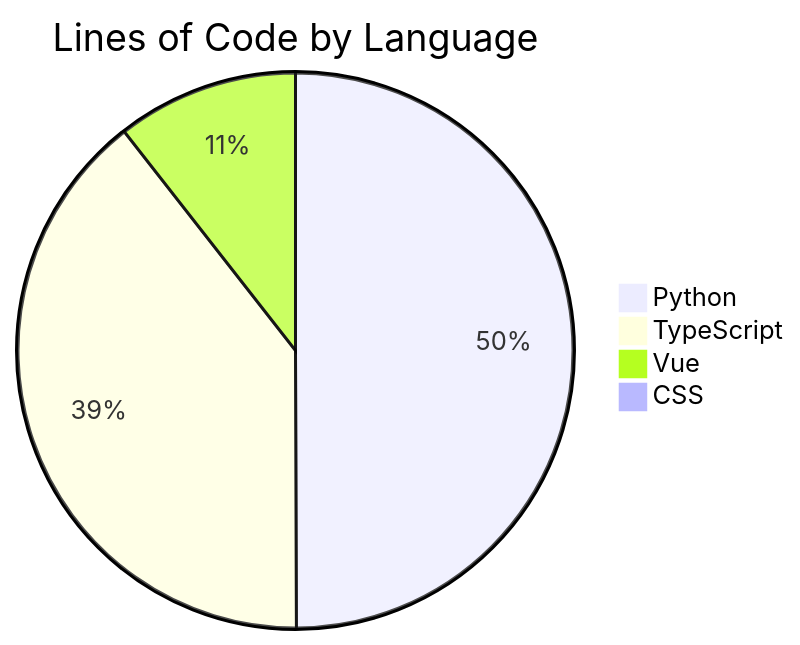
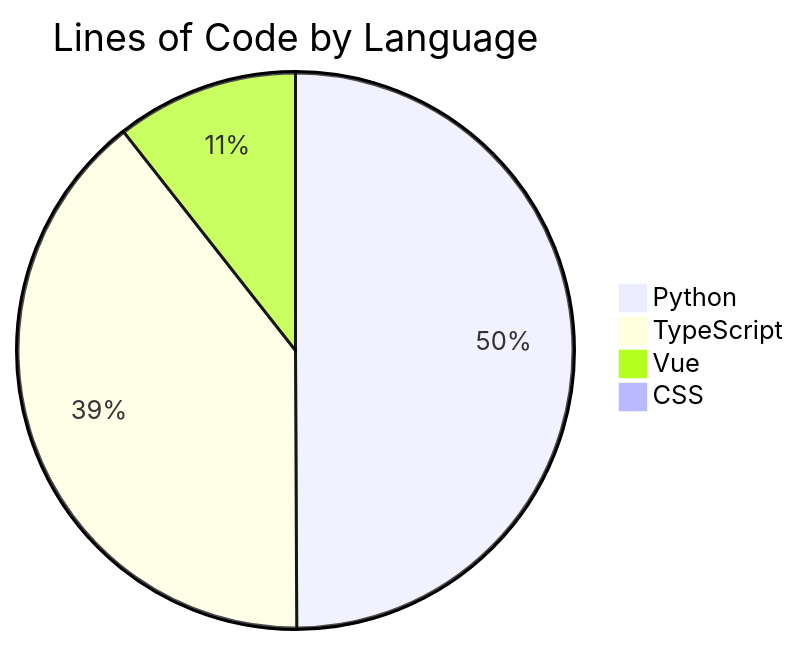
Before and after one commit to ISW-stack/AI3L-Community: the diagram in README.md, drawn with Mermaid. The commit also changed other lines of this file and 1 other file, not shown here.

````diff
--- a/README.md
+++ b/README.md
@@ -374,7 +374,7 @@
 ```mermaid
 pie title Lines of Code by Language
     "Python" : 117868
     "TypeScript" : 93183
-    "Vue" : 24931
+    "Vue" : 25026
     "CSS" : 134
 ```
````
